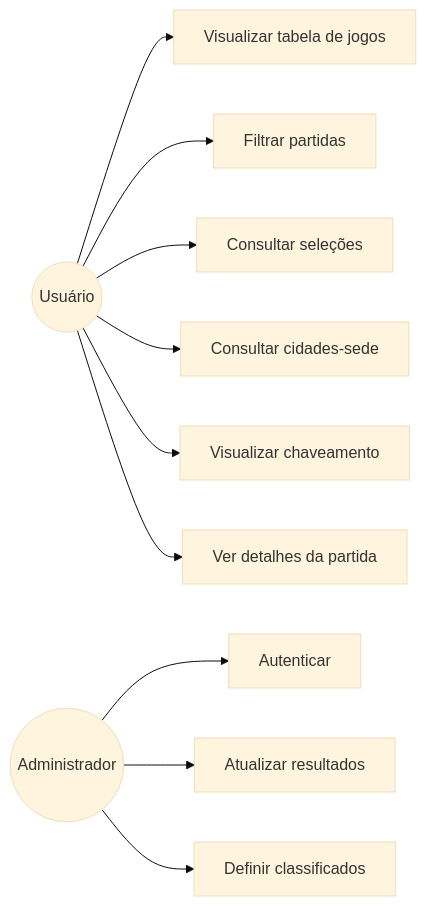
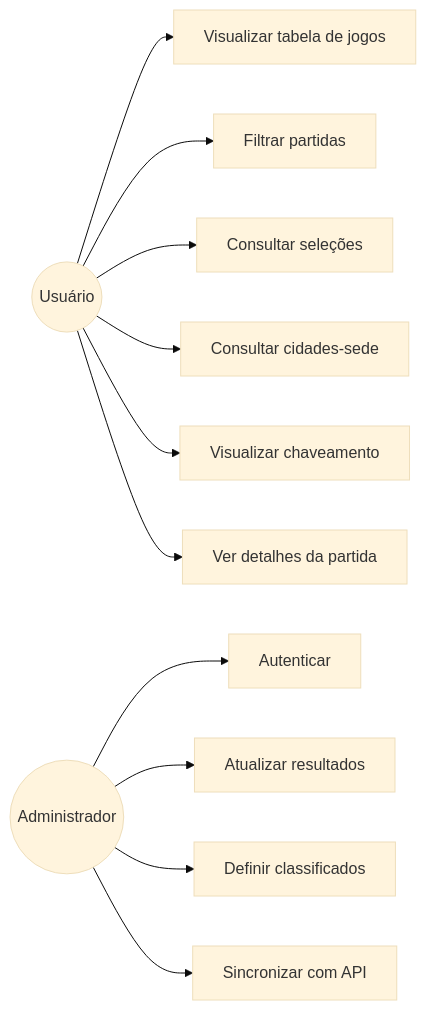
One commit to Drefus/TP-Eng-Soft changed the second of 5 diagrams in README.md. Above: the diagram before and after it, drawn with Mermaid (base theme). The commit also changed other lines of this file and 1 other file, not shown here.

````diff
--- a/README.md
+++ b/README.md
@@ -174,17 +222,18 @@
-``` mermaid
+```mermaid
 flowchart LR
 
 User((Usuário))
 Admin((Administrador))
 
 User --> ViewGames[Visualizar tabela de jogos]
 User --> FilterGames[Filtrar partidas]
 User --> ViewTeams[Consultar seleções]
 User --> ViewCities[Consultar cidades-sede]
 User --> ViewBracket[Visualizar chaveamento]
 User --> ViewMatch[Ver detalhes da partida]
 
 Admin --> Login[Autenticar]
 Admin --> UpdateResult[Atualizar resultados]
 Admin --> DefineQualified[Definir classificados]
+Admin --> SyncAPI[Sincronizar com API]
 ```
````
